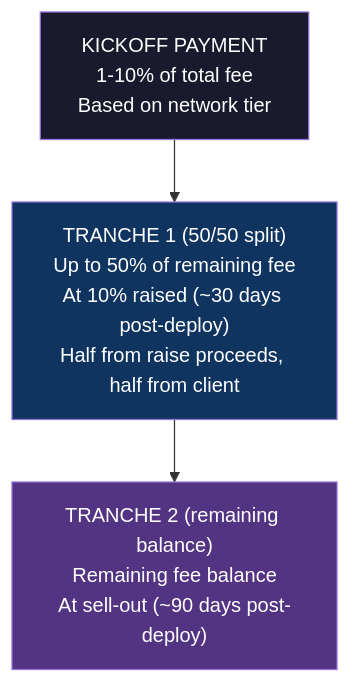
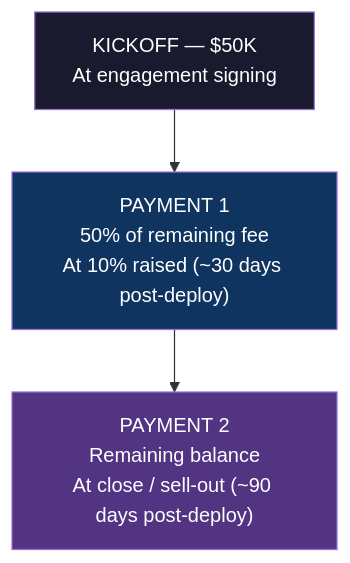
One commit to Light-Brands/qie changed the third of 7 diagrams in docs/investos/investos-revenue-channels-playbook-2026-03-05.md. Above: the diagram before and after it, drawn with Mermaid. The commit also changed other lines of this file and 3 other files, not shown here.

````diff
--- a/docs/investos/investos-revenue-channels-playbook-2026-03-05.md
+++ b/docs/investos/investos-revenue-channels-playbook-2026-03-05.md
@@ -282,12 +274,12 @@
 ```mermaid
 graph TD
-    K["KICKOFF PAYMENT<br/>1-10% of total fee<br/>Based on network tier"]
-    T1["TRANCHE 1 (50/50 split)<br/>Up to 50% of remaining fee<br/>At 10% raised (~30 days post-deploy)<br/>Half from raise proceeds, half from client"]
-    T2["TRANCHE 2 (remaining balance)<br/>Remaining fee balance<br/>At sell-out (~90 days post-deploy)"]
+    K["KICKOFF — $50K<br/>At engagement signing"]
+    T1["PAYMENT 1<br/>50% of remaining fee<br/>At 10% raised (~30 days post-deploy)"]
+    T2["PAYMENT 2<br/>Remaining balance<br/>At close / sell-out (~90 days post-deploy)"]
 
     K --> T1 --> T2
 
     style K fill:#1a1a2e,color:#fff
     style T1 fill:#0f3460,color:#fff
     style T2 fill:#533483,color:#fff
 ```
````
